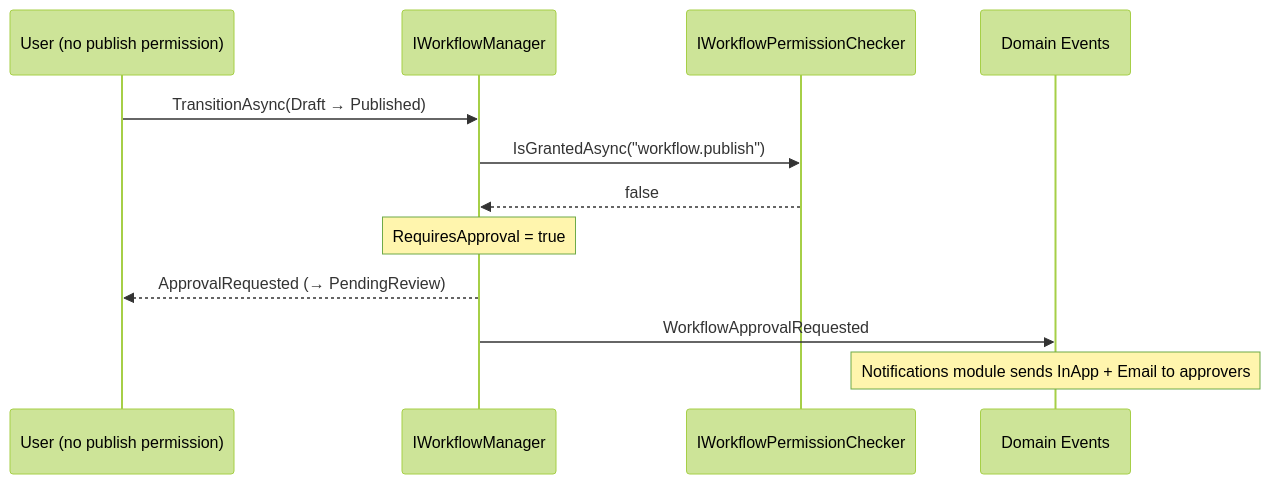
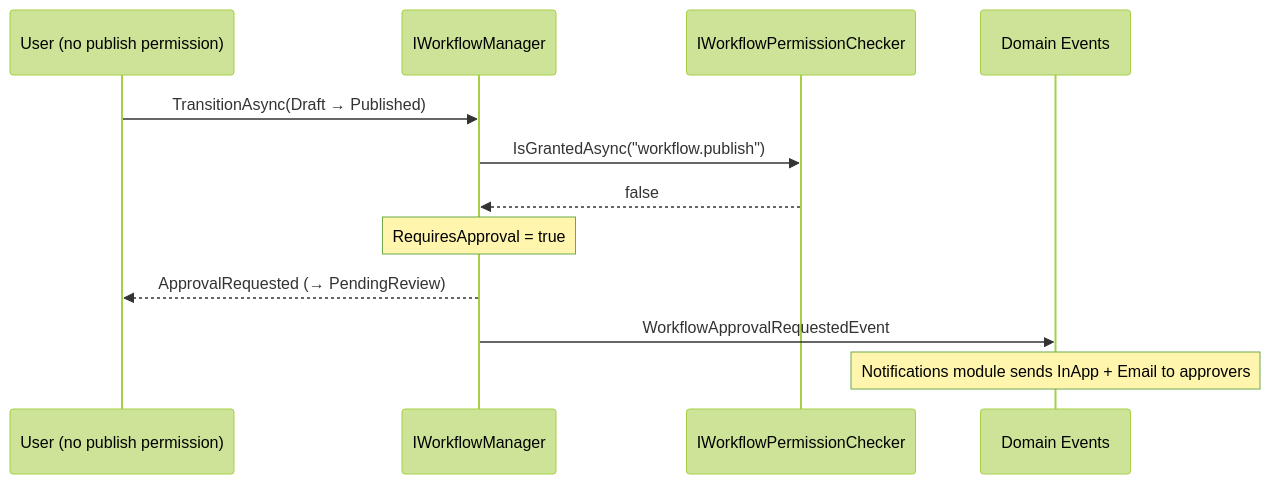
The third of 3 diagrams in docs-site/src/content/docs/dotnet/business/workflow.mdx (granit-fx/granit-dotnet), drawn with Mermaid (forest theme) before and after one commit. The commit also changed other lines of this file and 49 other files, not shown here.

````diff
--- a/docs-site/src/content/docs/dotnet/business/workflow.mdx
+++ b/docs-site/src/content/docs/dotnet/business/workflow.mdx
@@ -214,15 +214,15 @@
 ```mermaid
 sequenceDiagram
     participant U as User (no publish permission)
     participant WM as IWorkflowManager
     participant PC as IWorkflowPermissionChecker
     participant EV as Domain Events
 
     U->>WM: TransitionAsync(Draft → Published)
     WM->>PC: IsGrantedAsync("workflow.publish")
     PC-->>WM: false
     Note over WM: RequiresApproval = true
     WM-->>U: ApprovalRequested (→ PendingReview)
-    WM->>EV: WorkflowApprovalRequested
+    WM->>EV: WorkflowApprovalRequestedEvent
     Note over EV: Notifications module sends InApp + Email to approvers
 ```
````
